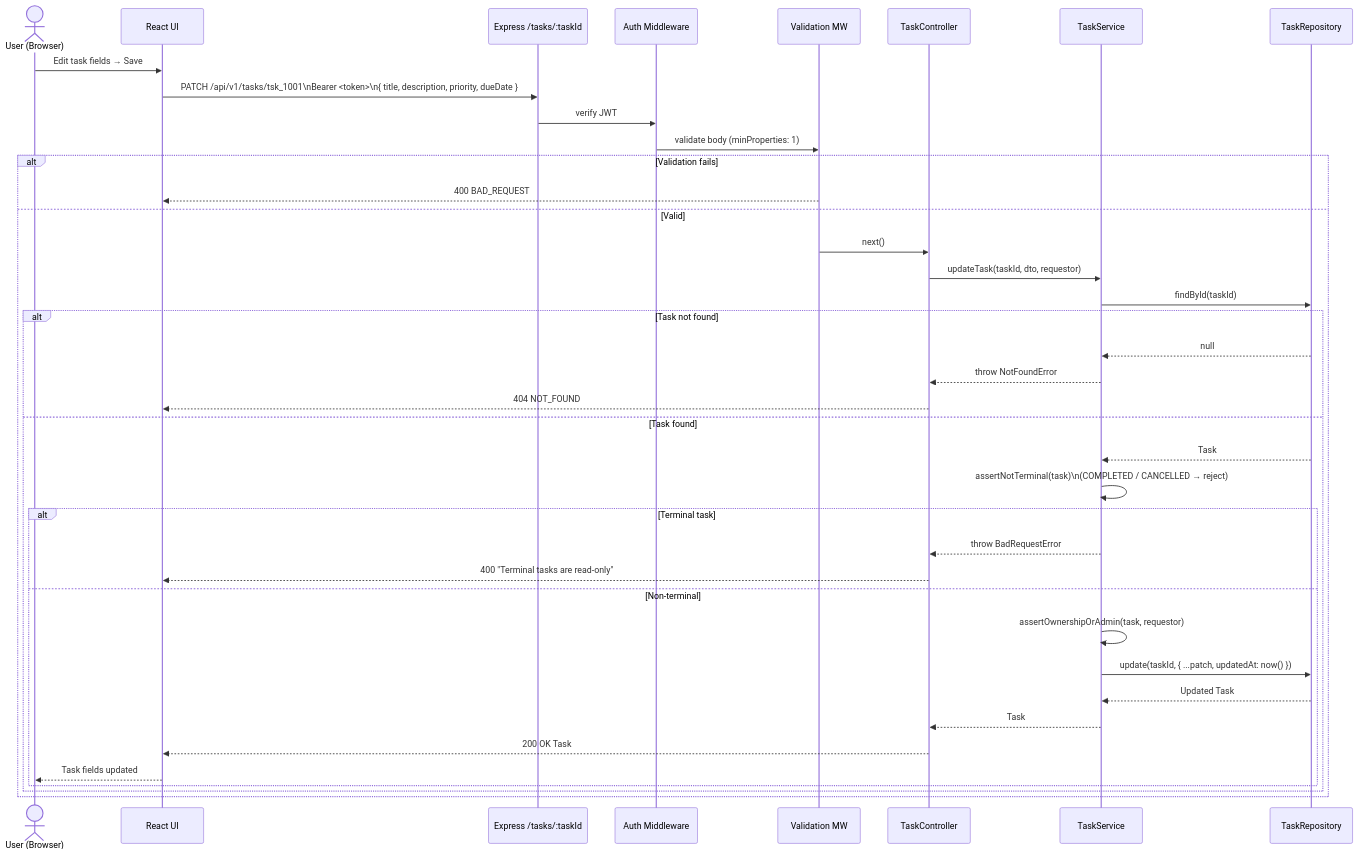
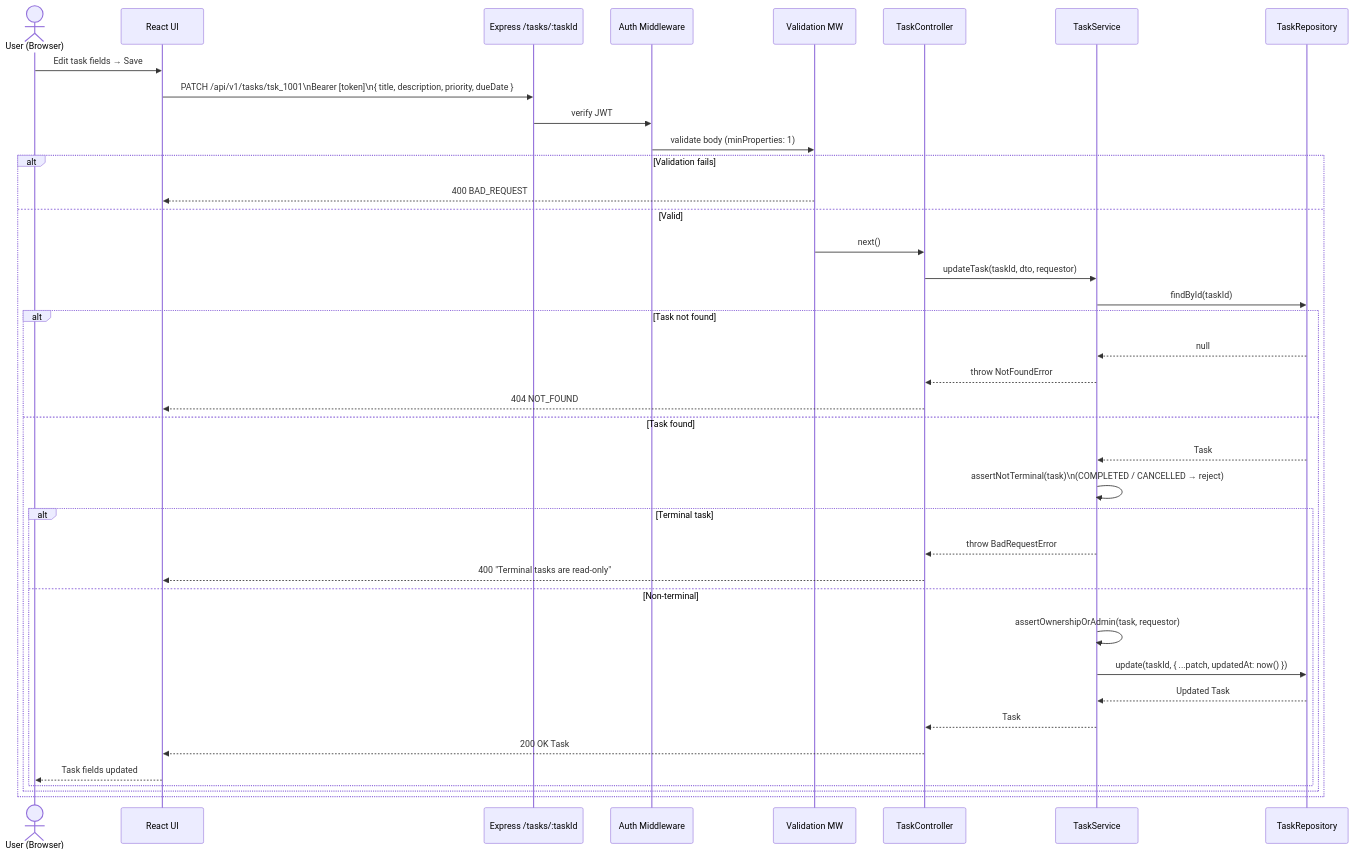
One commit to vijaynvb/ellucian_ghc3 changed diagram 11 of 17 in software-architecture.md. Above: the diagram before and after it, drawn with Mermaid. The commit also changed other lines of this file and 14285 other files, not shown here.

````diff
--- a/software-architecture.md
+++ b/software-architecture.md
@@ -679,42 +687,42 @@
 ```mermaid
 sequenceDiagram
     actor User as User (Browser)
     participant UI as React UI
     participant API as Express /tasks/:taskId
     participant AuthMW as Auth Middleware
     participant ValMW as Validation MW
     participant TC as TaskController
     participant TS as TaskService
     participant TR as TaskRepository
 
     User->>UI: Edit task fields → Save
-    UI->>API: PATCH /api/v1/tasks/tsk_1001\nBearer <token>\n{ title, description, priority, dueDate }
+    UI->>API: PATCH /api/v1/tasks/tsk_1001\nBearer [token]\n{ title, description, priority, dueDate }
     API->>AuthMW: verify JWT
     AuthMW->>ValMW: validate body (minProperties: 1)
     alt Validation fails
         ValMW-->>UI: 400 BAD_REQUEST
     else Valid
         ValMW->>TC: next()
         TC->>TS: updateTask(taskId, dto, requestor)
         TS->>TR: findById(taskId)
         alt Task not found
             TR-->>TS: null
             TS-->>TC: throw NotFoundError
             TC-->>UI: 404 NOT_FOUND
         else Task found
             TR-->>TS: Task
             TS->>TS: assertNotTerminal(task)\n(COMPLETED / CANCELLED → reject)
             alt Terminal task
                 TS-->>TC: throw BadRequestError
                 TC-->>UI: 400 "Terminal tasks are read-only"
             else Non-terminal
                 TS->>TS: assertOwnershipOrAdmin(task, requestor)
                 TS->>TR: update(taskId, { ...patch, updatedAt: now() })
                 TR-->>TS: Updated Task
                 TS-->>TC: Task
                 TC-->>UI: 200 OK Task
                 UI-->>User: Task fields updated
             end
         end
     end
 ```
````
